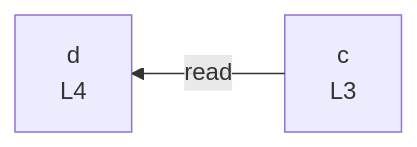
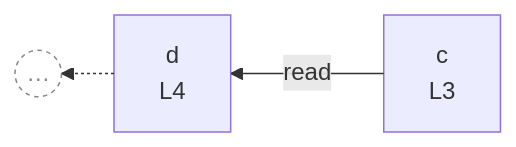
The diagram in integration/fixtures/const-chain-five/preview.pruned-c-a1.md (crescware/unsnarl), drawn with Mermaid before and after one commit. The commit also changed 75 other files, not shown here.

````diff
--- a/integration/fixtures/const-chain-five/preview.pruned-c-a1.md
+++ b/integration/fixtures/const-chain-five/preview.pruned-c-a1.md
@@ -21,8 +21,12 @@
 ```mermaid
 %%{init: {"flowchart": {"defaultRenderer": "elk"}}}%%
 flowchart RL
   %% pruning: roots=[c(1)] ancestors=0 descendants=1
   n_scope_0_c_32["c<br/>L3"]
   n_scope_0_d_45["d<br/>L4"]
   n_scope_0_c_32 -->|read| n_scope_0_d_45
+  boundary_stub_1((…))
+  n_scope_0_d_45 -.-> boundary_stub_1
+  classDef boundaryStub fill:transparent,stroke:#888,stroke-dasharray:3 3,color:#888;
+  class boundary_stub_1 boundaryStub;
 ```
````
